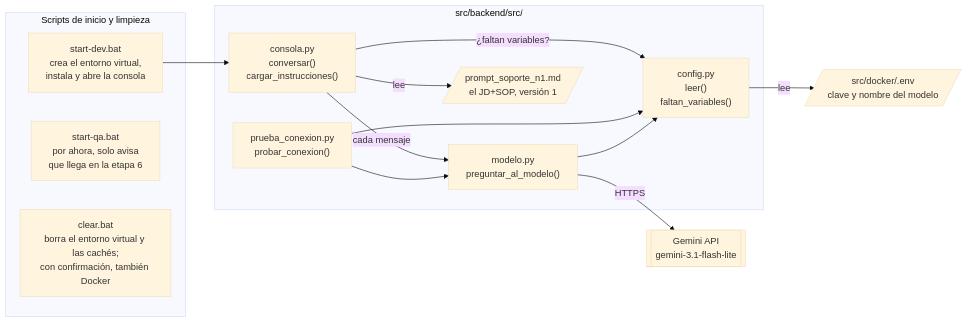
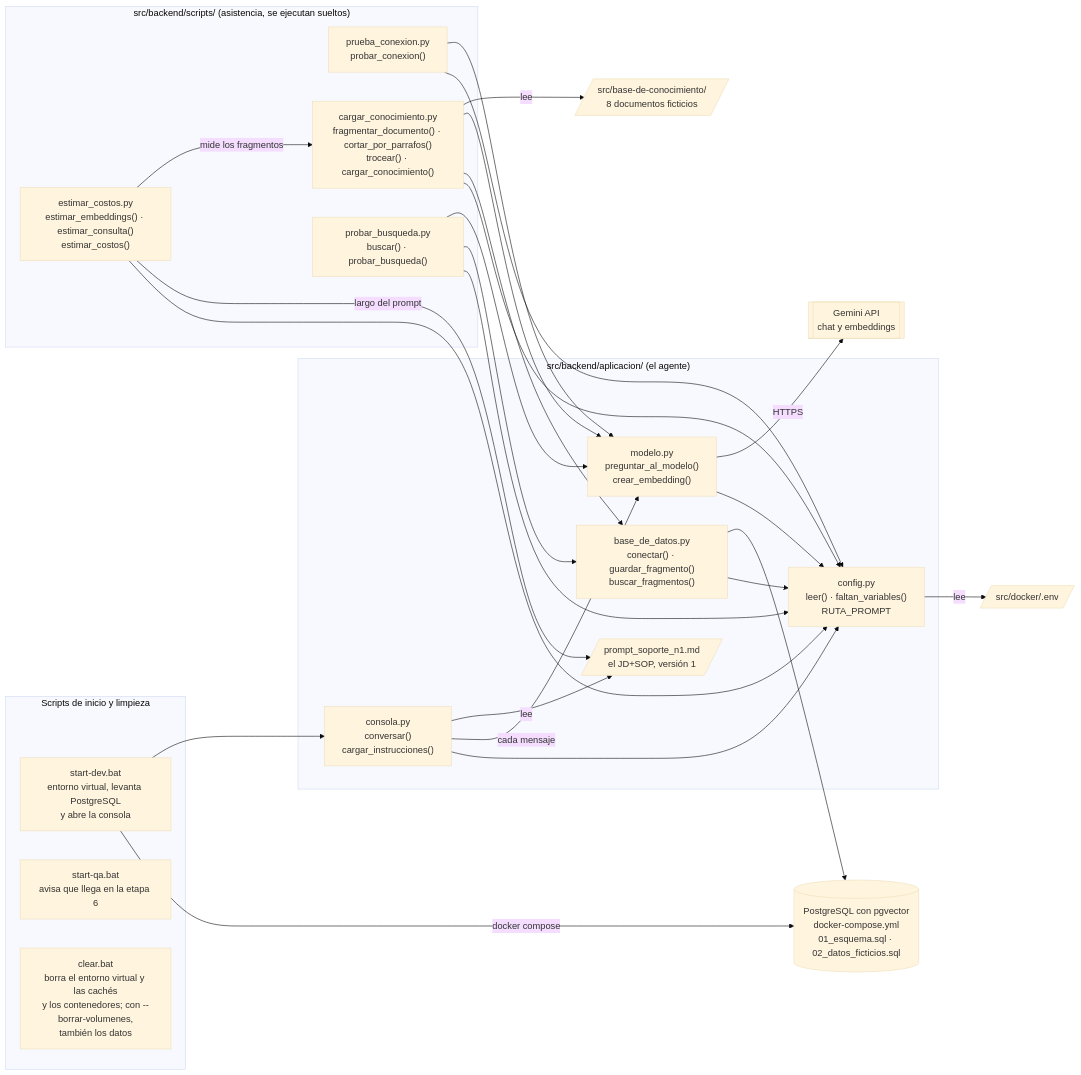
One commit to edgardo001/ai-agent-manager-estudio-aiam-certiprof-studio changed the first of 5 diagrams in estudio/proyecto-agente/agente-soporte-n1/docs/diagramas-del-codigo.md. Above: the diagram before and after it, drawn with Mermaid (base theme). The commit also changed other lines of this file and 9 other files, not shown here.

Commit message:
docs(agente): documenta la etapa 2, sus decisiones, costos y revisión

````diff
--- a/estudio/proyecto-agente/agente-soporte-n1/docs/diagramas-del-codigo.md
+++ b/estudio/proyecto-agente/agente-soporte-n1/docs/diagramas-del-codigo.md
@@ -13,29 +13,51 @@
 ```mermaid
 flowchart LR
     subgraph LANZ["Scripts de inicio y limpieza"]
-        DEV["start-dev.bat<br/>crea el entorno virtual,<br/>instala y abre la consola"]
-        QA["start-qa.bat<br/>por ahora, solo avisa<br/>que llega en la etapa 6"]
-        CLR["clear.bat<br/>borra el entorno virtual y las cachés;<br/>con confirmación, también Docker"]
+        DEV["start-dev.bat<br/>entorno virtual, levanta PostgreSQL<br/>y abre la consola"]
+        QA["start-qa.bat<br/>avisa que llega en la etapa 6"]
+        CLR["clear.bat<br/>borra el entorno virtual y las cachés<br/>y los contenedores; con --borrar-volumenes,<br/>también los datos"]
     end
 
-    subgraph BACK["src/backend/src/"]
+    subgraph SCR["src/backend/scripts/ (asistencia, se ejecutan sueltos)"]
+        PRU["prueba_conexion.py<br/>probar_conexion()"]
+        CAR["cargar_conocimiento.py<br/>fragmentar_documento() · cortar_por_parrafos()<br/>trocear() · cargar_conocimiento()"]
+        PBU["probar_busqueda.py<br/>buscar() · probar_busqueda()"]
+        EST["estimar_costos.py<br/>estimar_embeddings() · estimar_consulta()<br/>estimar_costos()"]
+    end
+
+    subgraph BACK["src/backend/aplicacion/ (el agente)"]
         CON["consola.py<br/>conversar()<br/>cargar_instrucciones()"]
-        PRU["prueba_conexion.py<br/>probar_conexion()"]
-        MOD["modelo.py<br/>preguntar_al_modelo()"]
-        CFG["config.py<br/>leer()<br/>faltan_variables()"]
+        MOD["modelo.py<br/>preguntar_al_modelo()<br/>crear_embedding()"]
+        BD["base_de_datos.py<br/>conectar() · guardar_fragmento()<br/>buscar_fragmentos()"]
+        CFG["config.py<br/>leer() · faltan_variables()<br/>RUTA_PROMPT"]
         PROMPT[/"prompt_soporte_n1.md<br/>el JD+SOP, versión 1"/]
     end
 
-    ENV[/"src/docker/.env<br/>clave y nombre del modelo"/]
-    GEM[["Gemini API<br/>gemini-3.1-flash-lite"]]
+    DOCS[/"src/base-de-conocimiento/<br/>8 documentos ficticios"/]
+    ENV[/"src/docker/.env"/]
+    PG[("PostgreSQL con pgvector<br/>docker-compose.yml<br/>01_esquema.sql · 02_datos_ficticios.sql")]
+    GEM[["Gemini API<br/>chat y embeddings"]]
 
     DEV --> CON
+    DEV -->|docker compose| PG
     CON -->|lee| PROMPT
-    CON -->|¿faltan variables?| CFG
     CON -->|cada mensaje| MOD
+    PRU --> MOD
+    CAR -->|lee| DOCS
+    CAR --> MOD
+    CAR --> BD
+    PBU --> MOD
+    PBU --> BD
+    MOD -->|HTTPS| GEM
+    BD --> PG
+    CON --> CFG
     PRU --> CFG
-    PRU --> MOD
+    CAR --> CFG
+    PBU --> CFG
+    EST -->|mide los fragmentos| CAR
+    EST -->|largo del prompt| PROMPT
+    EST --> CFG
     MOD --> CFG
+    BD --> CFG
     CFG -->|lee| ENV
-    MOD -->|HTTPS| GEM
 ```
````
